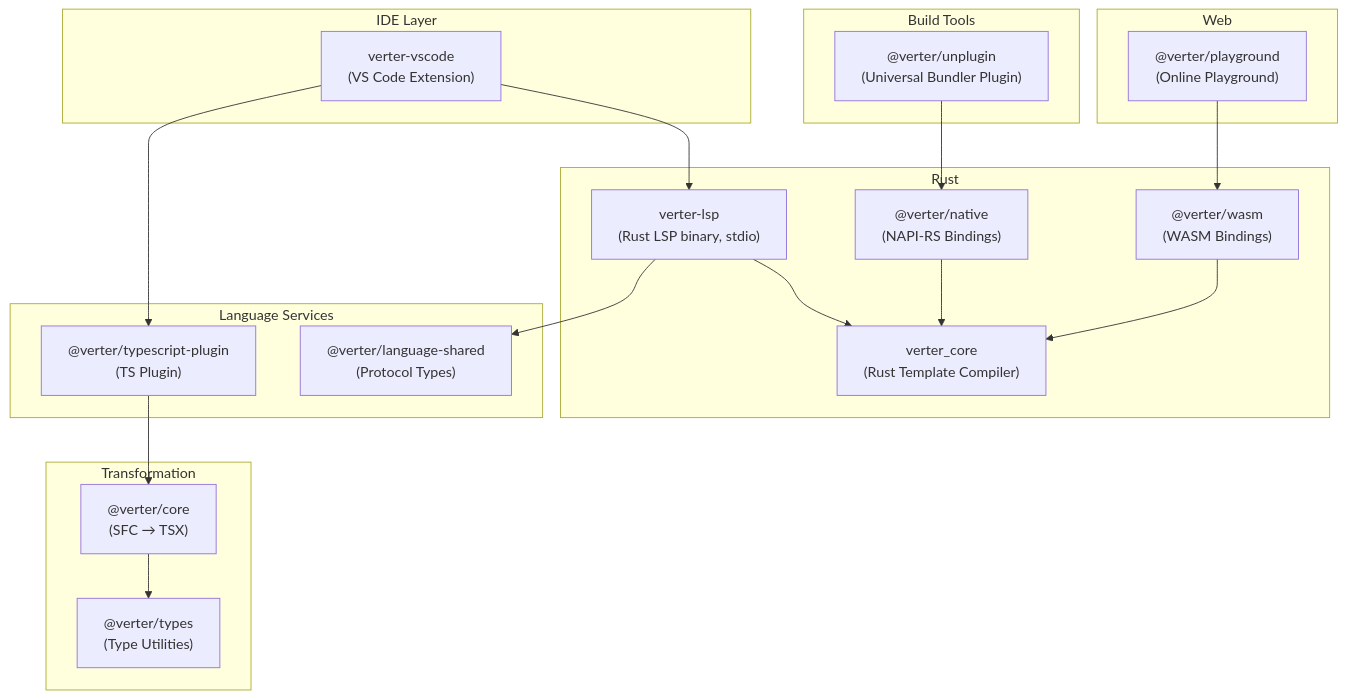
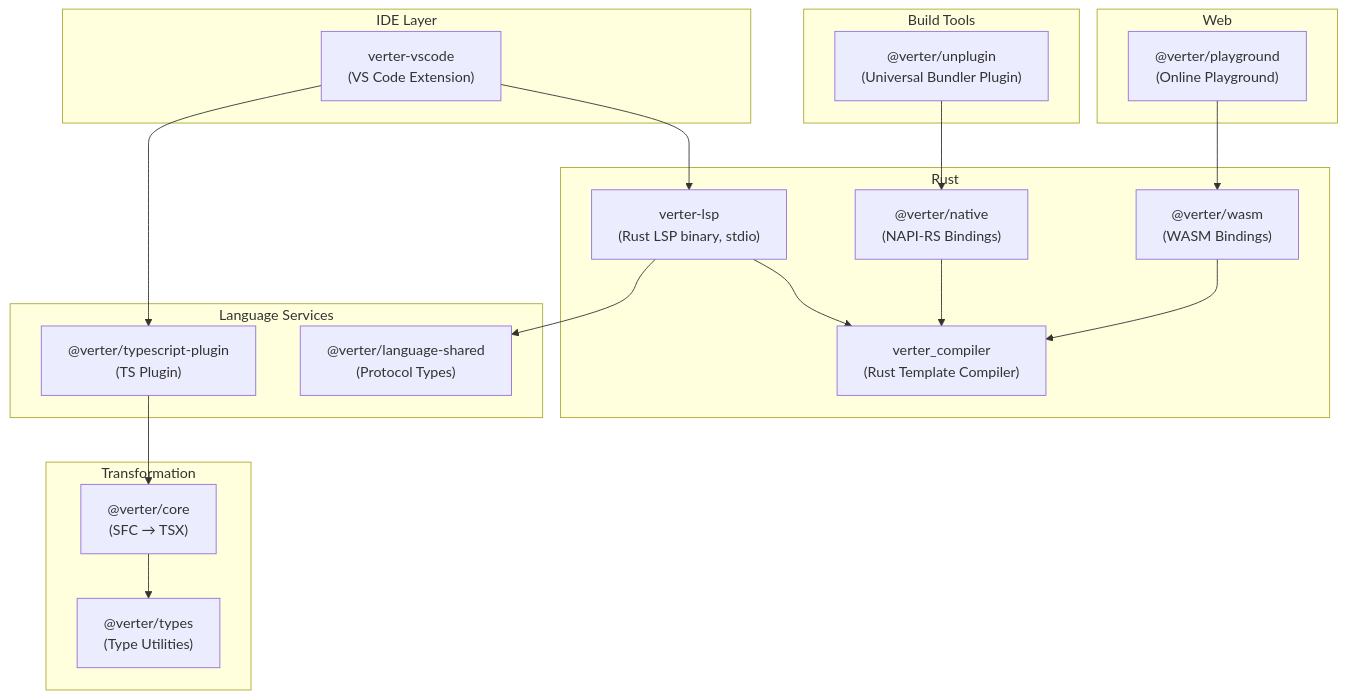
Before and after one commit to pikax/verter: the first of 2 diagrams in docs/guide/index.md, drawn with Mermaid. The commit also changed other lines of this file and 29 other files, not shown here.

````diff
--- a/docs/guide/index.md
+++ b/docs/guide/index.md
@@ -41,36 +41,36 @@
 ```mermaid
 graph TB
     subgraph "IDE Layer"
         VSCode["verter-vscode<br/>(VS Code Extension)"]
     end
     subgraph "Rust"
         LSP["verter-lsp<br/>(Rust LSP binary, stdio)"]
         Native["@verter/native<br/>(NAPI-RS Bindings)"]
         WASM["@verter/wasm<br/>(WASM Bindings)"]
-        RustCore["verter_core<br/>(Rust Template Compiler)"]
+        RustCore["verter_compiler<br/>(Rust Template Compiler)"]
     end
     subgraph "Language Services"
         TSPlugin["@verter/typescript-plugin<br/>(TS Plugin)"]
         Shared["@verter/language-shared<br/>(Protocol Types)"]
     end
     subgraph "Transformation"
         Core["@verter/core<br/>(SFC → TSX)"]
         Types["@verter/types<br/>(Type Utilities)"]
     end
     subgraph "Build Tools"
         Unplugin["@verter/unplugin<br/>(Universal Bundler Plugin)"]
     end
     subgraph "Web"
         Playground["@verter/playground<br/>(Online Playground)"]
     end
     VSCode --> LSP
     VSCode --> TSPlugin
     LSP --> RustCore
     LSP --> Shared
     TSPlugin --> Core
     Core --> Types
     Native --> RustCore
     WASM --> RustCore
     Unplugin --> Native
     Playground --> WASM
 ```
````
